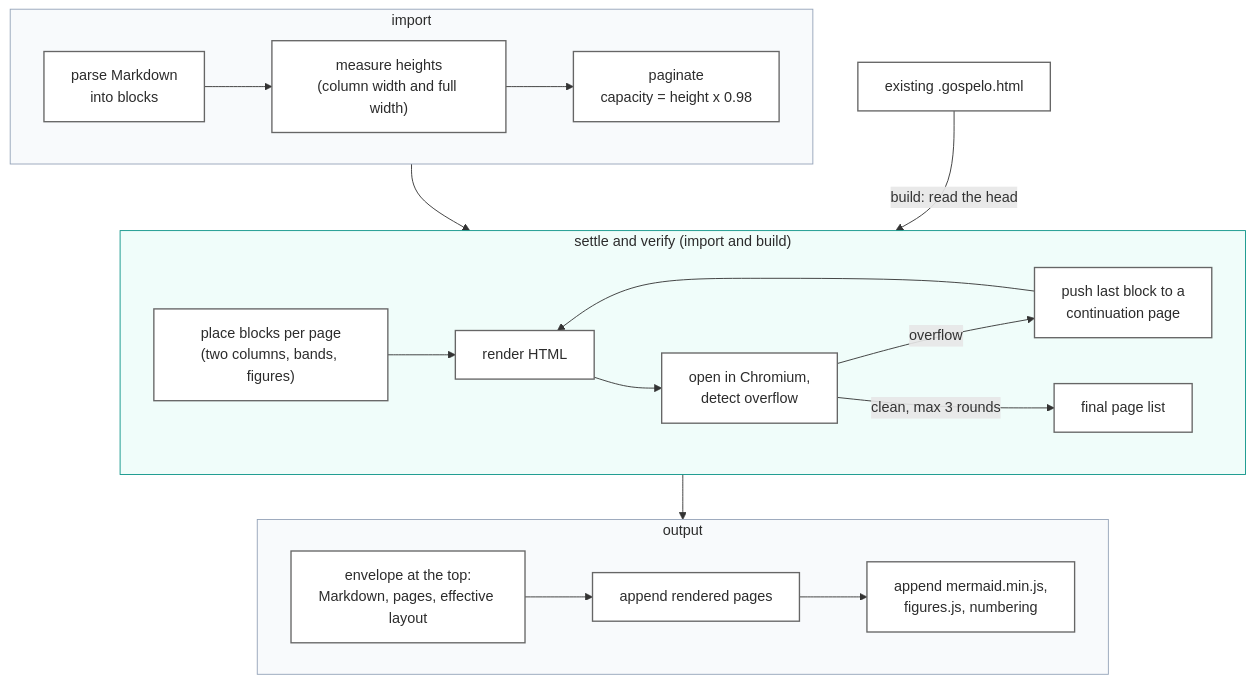
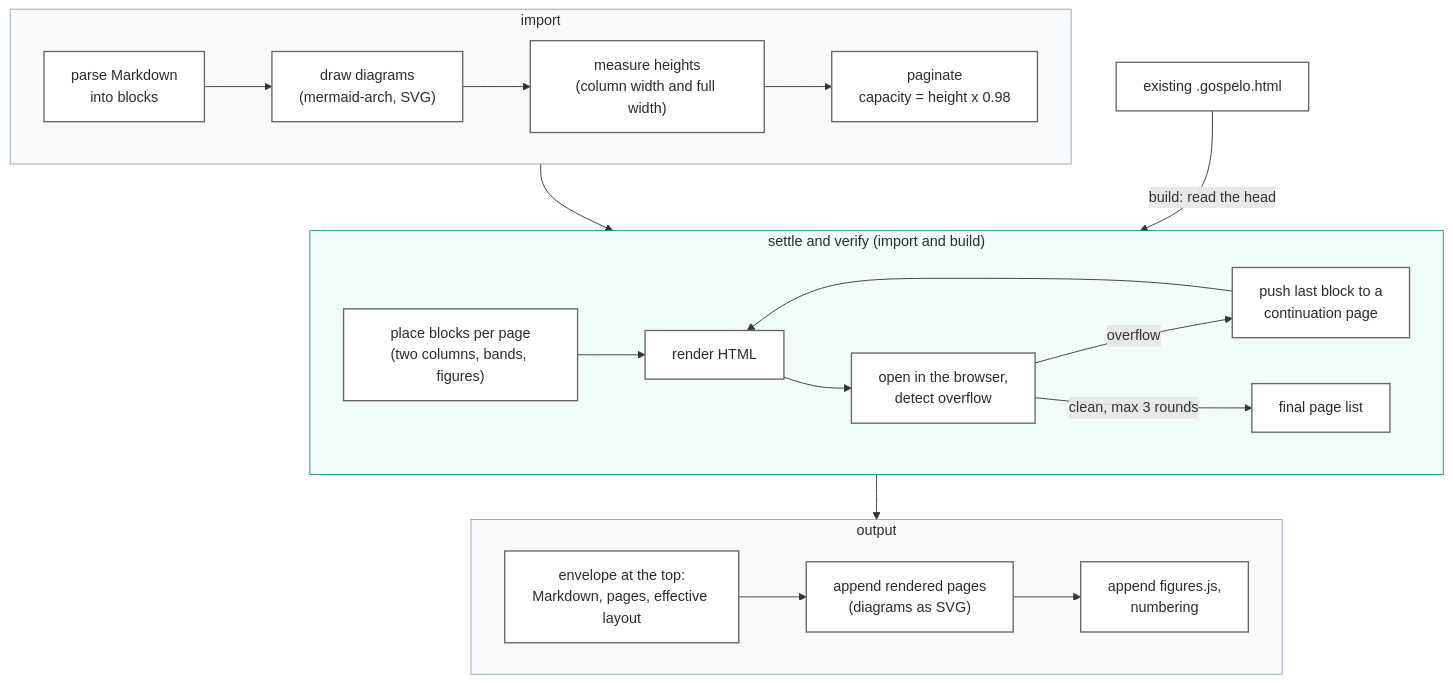
Before and after one commit to gospelo-dev/md2html: the third of 5 diagrams in docs/ARCHITECTURE.md, drawn with Mermaid. The commit also changed other lines of this file and 92 other files, not shown here.

````diff
--- a/docs/ARCHITECTURE.md
+++ b/docs/ARCHITECTURE.md
@@ -106,25 +106,25 @@
 ```mermaid
 flowchart TB
     subgraph Import["import"]
         direction LR
-        I1["parse Markdown<br/>into blocks"] --> I2["measure heights<br/>(column width and full width)"] --> I3["paginate<br/>capacity = height x 0.98"]
+        I1["parse Markdown<br/>into blocks"] --> I0["draw diagrams<br/>(mermaid-arch, SVG)"] --> I2["measure heights<br/>(column width and full width)"] --> I3["paginate<br/>capacity = height x 0.98"]
     end
     subgraph Common["settle and verify (import and build)"]
         direction LR
-        B1["place blocks per page<br/>(two columns, bands, figures)"] --> B2["render HTML"] --> B3["open in Chromium,<br/>detect overflow"]
+        B1["place blocks per page<br/>(two columns, bands, figures)"] --> B2["render HTML"] --> B3["open in the browser,<br/>detect overflow"]
         B3 -->|overflow| B4["push last block to a<br/>continuation page"] --> B2
         B3 -->|clean, max 3 rounds| B5["final page list"]
     end
     subgraph Out["output"]
         direction LR
-        O1["envelope at the top:<br/>Markdown, pages, effective layout"] --> O2["append rendered pages"] --> O3["append mermaid.min.js,<br/>figures.js, numbering"]
+        O1["envelope at the top:<br/>Markdown, pages, effective layout"] --> O2["append rendered pages<br/>(diagrams as SVG)"] --> O3["append figures.js,<br/>numbering"]
     end
     Import --> Common --> Out
     H["existing .gospelo.html"] -->|build: read the head| Common
 
     classDef node fill:#FFFFFF,stroke:#666666,stroke-width:1.5px,color:#2C2C2C
-    class I1,I2,I3,B1,B2,B3,B4,B5,O1,O2,O3,H node
+    class I1,I0,I2,I3,B1,B2,B3,B4,B5,O1,O2,O3,H node
     style Import fill:#F8FAFC,stroke:#94A3B8,color:#2C2C2C
     style Common fill:#F0FDFA,stroke:#0D9488,color:#2C2C2C
     style Out fill:#F8FAFC,stroke:#94A3B8,color:#2C2C2C
 ```
````
